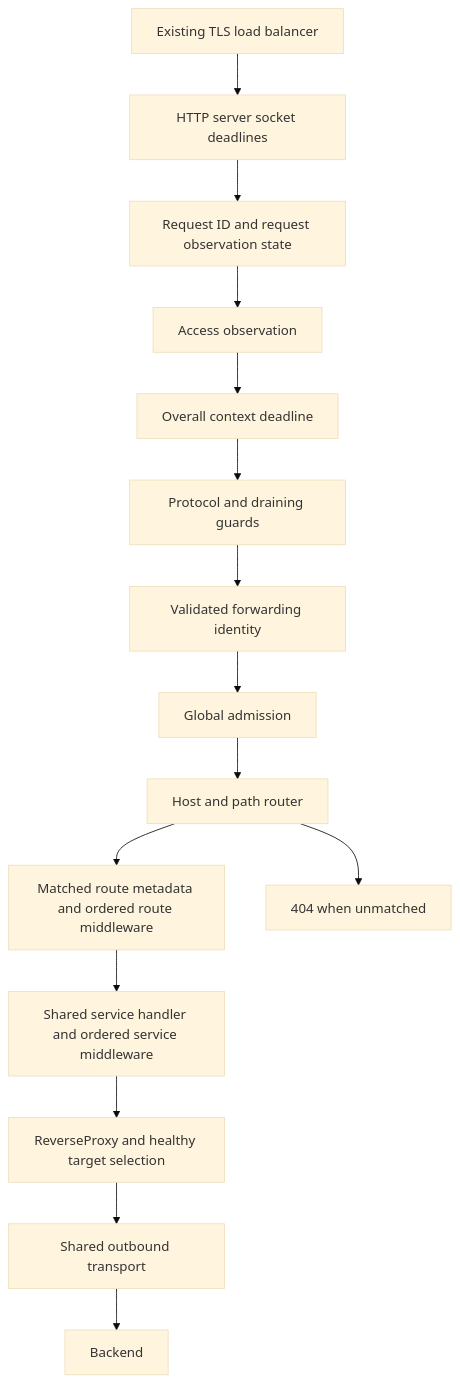
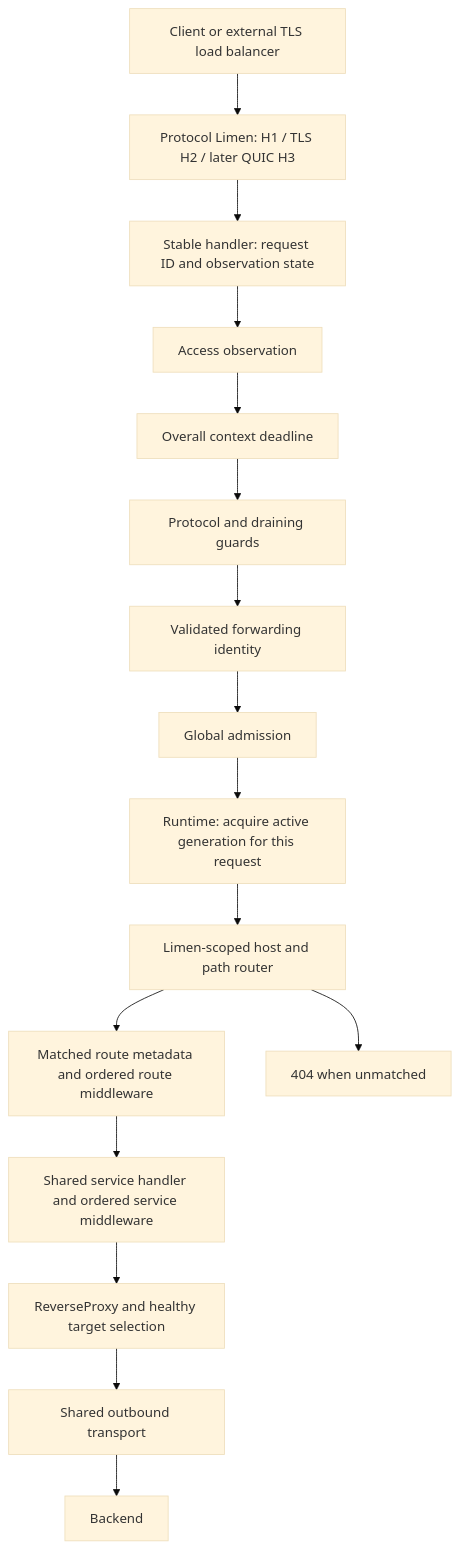
Before and after one commit to JimAlex927/Janus: the diagram in docs/architecture.md, drawn with Mermaid (base theme). The commit also changed other lines of this file and 11 other files, not shown here.

Commit message:
feat(limen): extract HTTP/1 lifecycle and qualify deadlines

````diff
--- a/docs/architecture.md
+++ b/docs/architecture.md
@@ -26,17 +35,18 @@
 ```mermaid
 flowchart TD
-    LB[Existing TLS load balancer] --> H[HTTP server socket deadlines]
-    H --> ID[Request ID and request observation state]
+    C[Client or external TLS load balancer] --> L[Protocol Limen: H1 / TLS H2 / later QUIC H3]
+    L --> ID[Stable handler: request ID and observation state]
     ID --> O[Access observation]
     O --> T[Overall context deadline]
     T --> G[Protocol and draining guards]
     G --> I[Validated forwarding identity]
     I --> A[Global admission]
-    A --> R[Host and path router]
+    A --> D[Runtime: acquire active generation for this request]
+    D --> R[Limen-scoped host and path router]
     R --> M[Matched route metadata and ordered route middleware]
     M --> S[Shared service handler and ordered service middleware]
     S --> P[ReverseProxy and healthy target selection]
     P --> TR[Shared outbound transport]
     TR --> B[Backend]
     R --> N[404 when unmatched]
 ```
````
